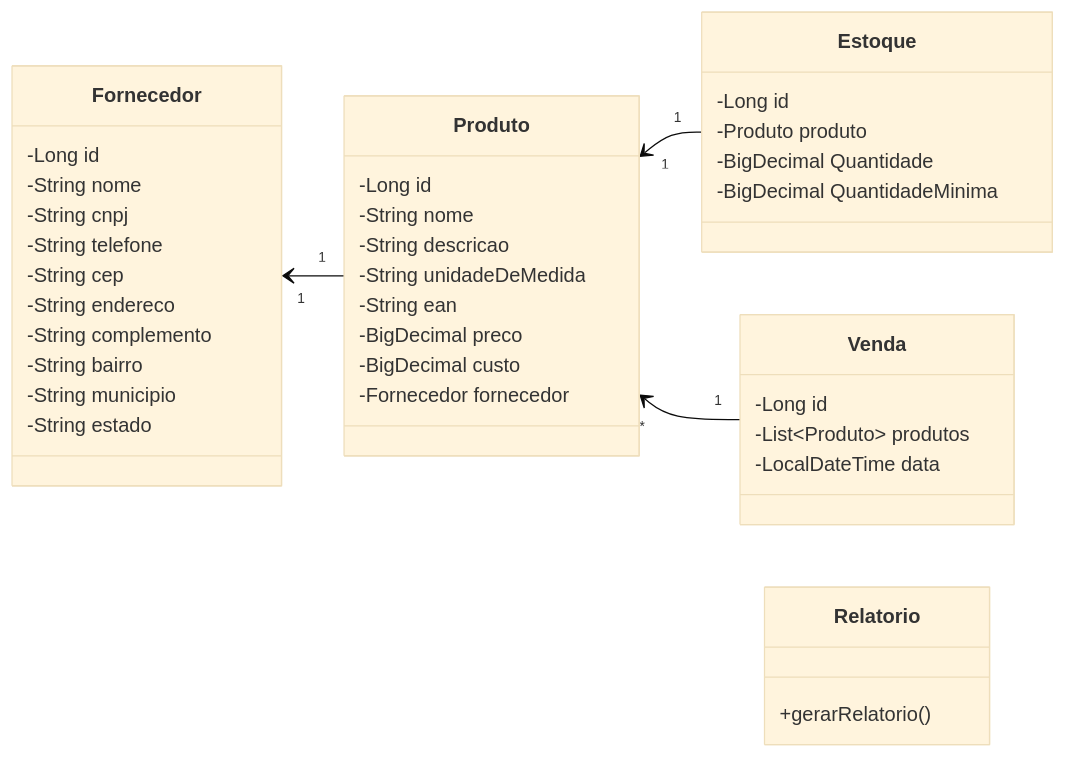
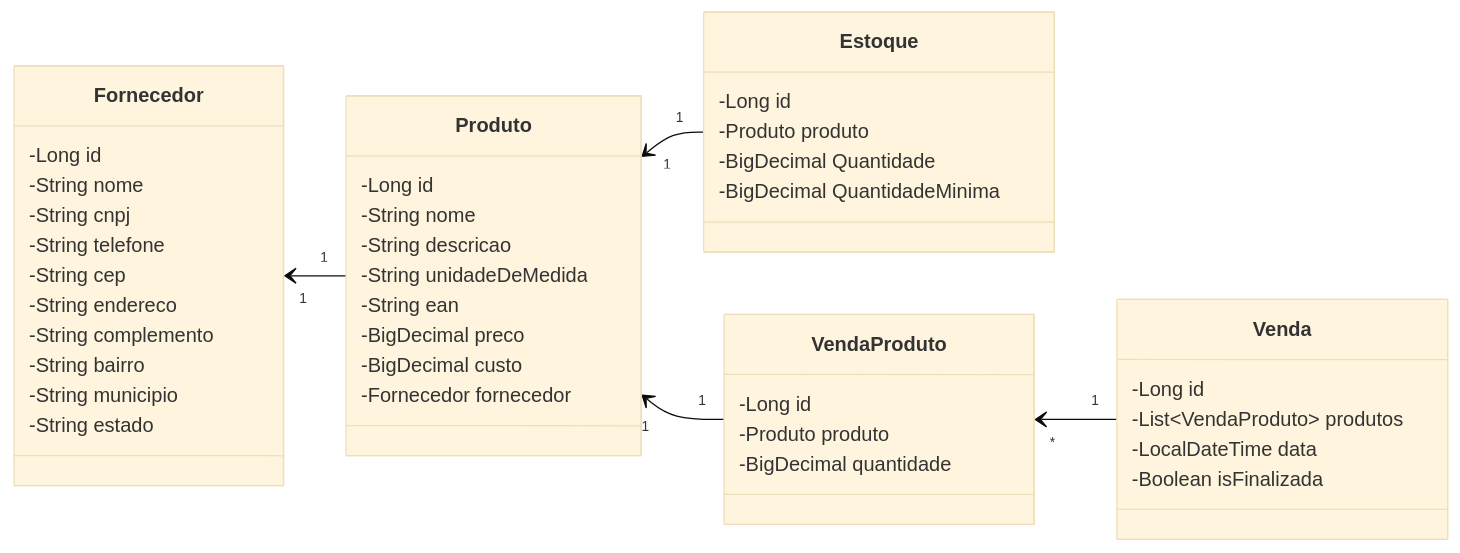
Before and after one commit to Eduardo-Karpinski/TCC: the diagram in Diagramas/classe.md, drawn with Mermaid (base theme). The commit also changed 20 other files, not shown here.

````diff
--- a/Diagramas/classe.md
+++ b/Diagramas/classe.md
@@ -1,49 +1,54 @@
 ```mermaid
 classDiagram
     direction RL
     
     Produto "1" --> "1" Fornecedor
     Estoque "1" --> "1" Produto
-    Venda "1" --> "*" Produto
+    Venda "1" --> "*" VendaProduto
+    VendaProduto "1" --> "1" Produto
 
     class Produto{
         -Long id
         -String nome
         -String descricao
         -String unidadeDeMedida
         -String ean
         -BigDecimal preco
         -BigDecimal custo
         -Fornecedor fornecedor
     }
 
     class Fornecedor{
         -Long id
         -String nome
         -String cnpj
         -String telefone
         -String cep
         -String endereco
         -String complemento
         -String bairro
         -String municipio
         -String estado
     }
 
     class Estoque{
         -Long id
         -Produto produto
         -BigDecimal Quantidade
         -BigDecimal QuantidadeMinima
     }
 
-    class Relatorio{
-        +gerarRelatorio()
+    class Venda{
+        -Long id
+        -List~VendaProduto~ produtos
+        -LocalDateTime data
+        -Boolean isFinalizada
     }
 
-    class Venda{
+    class VendaProduto{
         -Long id
-        -List~Produto~ produtos
-        -LocalDateTime data
+        -Produto produto
+        -BigDecimal quantidade
     }
+
 ```
````
